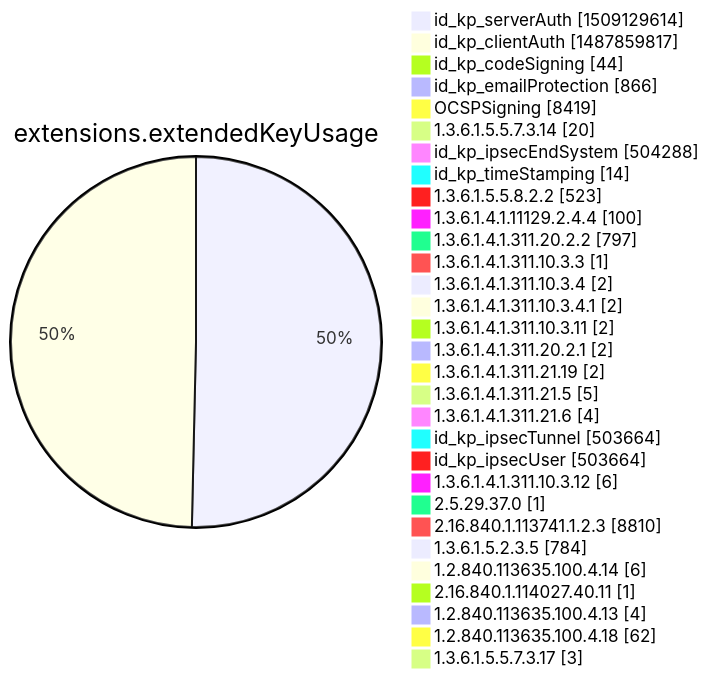
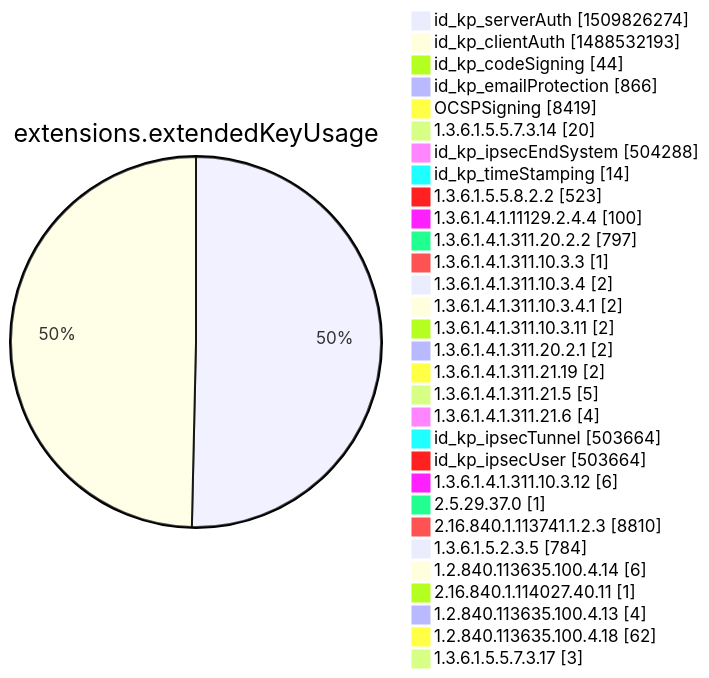
Diagram 12 of 15 in argon2022/README.md (christiankrug/ctmonitor_visualization), drawn with Mermaid before and after one commit. The commit also changed other lines of this file, not shown here.

````diff
--- a/argon2022/README.md
+++ b/argon2022/README.md
@@ -3555,34 +3555,34 @@
 ```mermaid
 pie showData
 title extensions.extendedKeyUsage
-"id_kp_serverAuth" :1509129614
-"id_kp_clientAuth" :1487859817
+"id_kp_serverAuth" :1509826274
+"id_kp_clientAuth" :1488532193
 "id_kp_codeSigning" :44
 "id_kp_emailProtection" :866
 "OCSPSigning" :8419
 "1.3.6.1.5.5.7.3.14" :20
 "id_kp_ipsecEndSystem" :504288
 "id_kp_timeStamping" :14
 "1.3.6.1.5.5.8.2.2" :523
 "1.3.6.1.4.1.11129.2.4.4" :100
 "1.3.6.1.4.1.311.20.2.2" :797
 "1.3.6.1.4.1.311.10.3.3" :1
 "1.3.6.1.4.1.311.10.3.4" :2
 "1.3.6.1.4.1.311.10.3.4.1" :2
 "1.3.6.1.4.1.311.10.3.11" :2
 "1.3.6.1.4.1.311.20.2.1" :2
 "1.3.6.1.4.1.311.21.19" :2
 "1.3.6.1.4.1.311.21.5" :5
 "1.3.6.1.4.1.311.21.6" :4
 "id_kp_ipsecTunnel" :503664
 "id_kp_ipsecUser" :503664
 "1.3.6.1.4.1.311.10.3.12" :6
 "2.5.29.37.0" :1
 "2.16.840.1.113741.1.2.3" :8810
 "1.3.6.1.5.2.3.5" :784
 "1.2.840.113635.100.4.14" :6
 "2.16.840.1.114027.40.11" :1
 "1.2.840.113635.100.4.13" :4
 "1.2.840.113635.100.4.18" :62
 "1.3.6.1.5.5.7.3.17" :3
 ```
````
